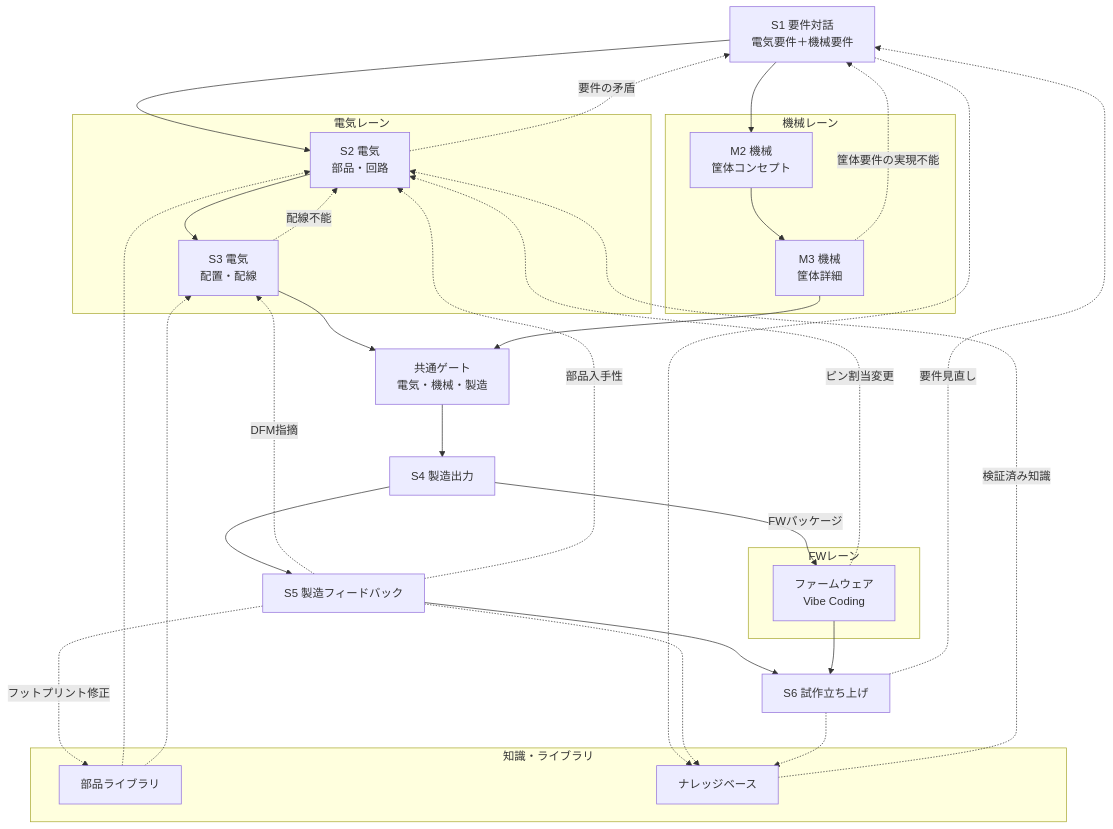
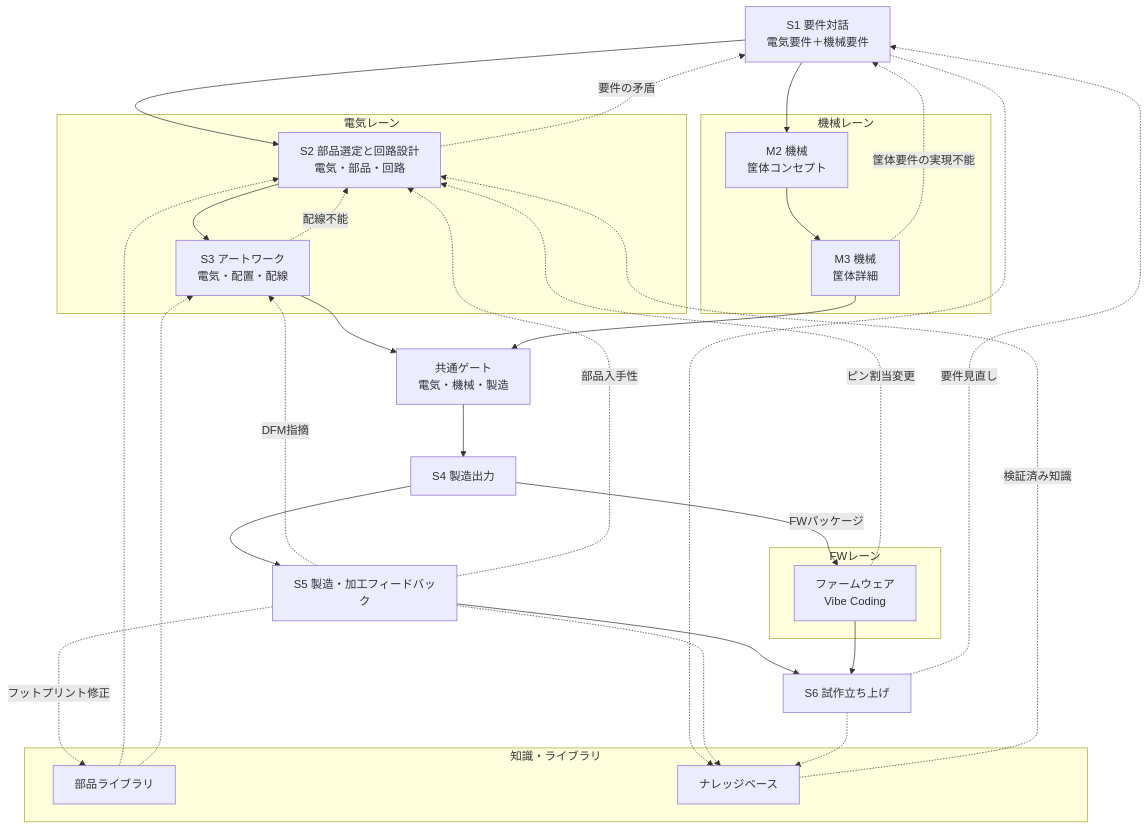
One commit to uist1idrju3i/acd-agent changed the first of 2 diagrams in docs/design-flow.md. Above: the diagram before and after it, drawn with Mermaid. The commit also changed other lines of this file and 3 other files, not shown here.

````diff
--- a/docs/design-flow.md
+++ b/docs/design-flow.md
@@ -12,44 +12,44 @@
 ```mermaid
 flowchart TB
     S1["S1 要件対話<br/>電気要件＋機械要件"]
     subgraph ELEC["電気レーン"]
-        E2["S2 電気<br/>部品・回路"]
-        E3["S3 電気<br/>配置・配線"]
+        E2["S2 部品選定と回路設計<br/>電気・部品・回路"]
+        E3["S3 アートワーク<br/>電気・配置・配線"]
     end
     subgraph MECH["機械レーン"]
         M2["M2 機械<br/>筐体コンセプト"]
         M3["M3 機械<br/>筐体詳細"]
     end
     subgraph FWLANE["FWレーン"]
         FW["ファームウェア<br/>Vibe Coding"]
     end
     subgraph KNOW["知識・ライブラリ"]
         LIB["部品ライブラリ"]
         KB["ナレッジベース"]
     end
     S1 --> E2
     S1 --> M2
     E2 --> E3
     M2 --> M3
     E3 --> G["共通ゲート<br/>電気・機械・製造"]
     M3 --> G
     G --> S4["S4 製造出力"]
-    S4 --> S5["S5 製造フィードバック"]
+    S4 --> S5["S5 製造・加工フィードバック"]
     S5 --> S6["S6 試作立ち上げ"]
     S6 -.->|要件見直し| S1
     S4 -->|FWパッケージ| FW
     FW --> S6
     LIB -.-> E2
     LIB -.-> E3
     E2 -.->|要件の矛盾| S1
     E3 -.->|配線不能| E2
     M3 -.->|筐体要件の実現不能| S1
     S5 -.->|DFM指摘| E3
     S5 -.->|部品入手性| E2
     S5 -.->|フットプリント修正| LIB
     FW -.->|ピン割当変更| E2
     KB -.->|検証済み知識| E2
     S1 -.-> KB
     S5 -.-> KB
     S6 -.-> KB
 ```
````
